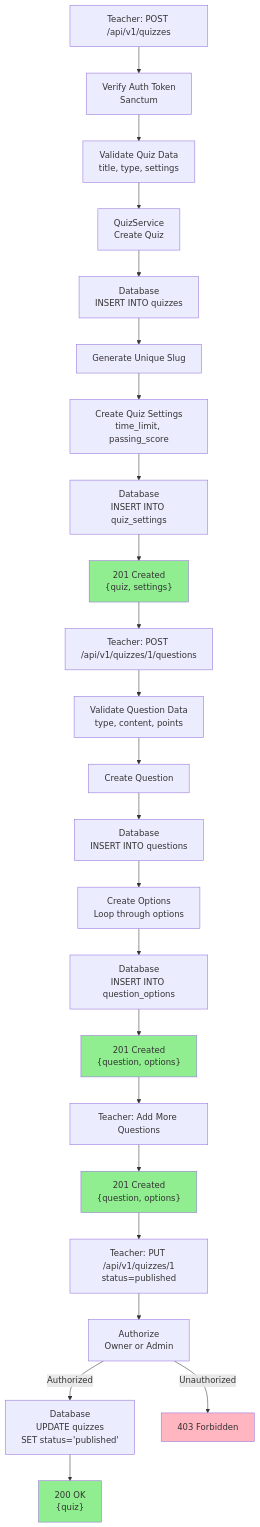
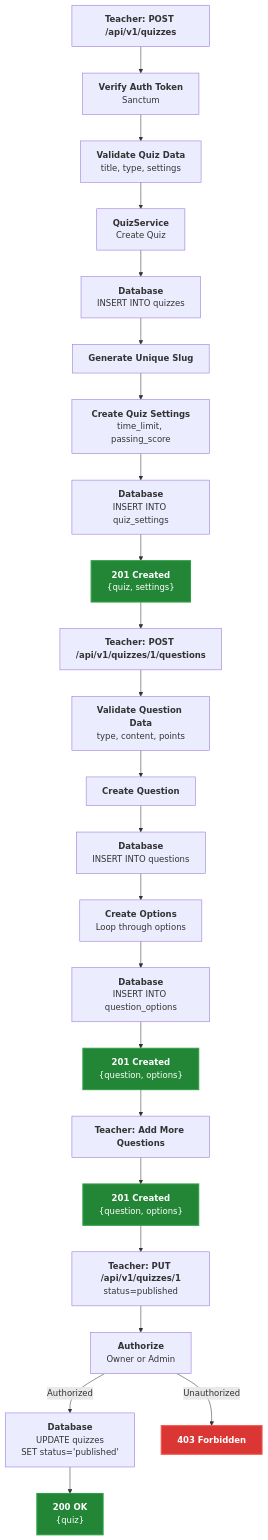
The fourth of 11 diagrams in README.md (EIRSVi/prop-iq), drawn with Mermaid before and after one commit. The commit also changed other lines of this file, not shown here.

Commit message:
docs: Improve readability and styling of Mermaid diagrams in README

````diff
--- a/README.md
+++ b/README.md
@@ -998,34 +998,34 @@
 ```mermaid
 graph TB
-    Start["Teacher: POST /api/v1/quizzes"] --> Auth["Verify Auth Token<br/>Sanctum"]
-    Auth --> Validate["Validate Quiz Data<br/>title, type, settings"]
-    Validate --> CreateQuiz["QuizService<br/>Create Quiz"]
-    CreateQuiz --> SaveQuiz["Database<br/>INSERT INTO quizzes"]
-    SaveQuiz --> GenSlug["Generate Unique Slug"]
-    GenSlug --> CreateSettings["Create Quiz Settings<br/>time_limit, passing_score"]
-    CreateSettings --> SaveSettings["Database<br/>INSERT INTO quiz_settings"]
-    SaveSettings --> QuizResponse["201 Created<br/>{quiz, settings}"]
+    Start["<b>Teacher: POST /api/v1/quizzes</b>"] --> Auth["<b>Verify Auth Token</b><br/>Sanctum"]
+    Auth --> Validate["<b>Validate Quiz Data</b><br/>title, type, settings"]
+    Validate --> CreateQuiz["<b>QuizService</b><br/>Create Quiz"]
+    CreateQuiz --> SaveQuiz["<b>Database</b><br/>INSERT INTO quizzes"]
+    SaveQuiz --> GenSlug["<b>Generate Unique Slug</b>"]
+    GenSlug --> CreateSettings["<b>Create Quiz Settings</b><br/>time_limit, passing_score"]
+    CreateSettings --> SaveSettings["<b>Database</b><br/>INSERT INTO quiz_settings"]
+    SaveSettings --> QuizResponse["<b>201 Created</b><br/>{quiz, settings}"]
     
-    QuizResponse --> AddQ1["Teacher: POST /api/v1/quizzes/1/questions"]
-    AddQ1 --> ValidateQ1["Validate Question Data<br/>type, content, points"]
-    ValidateQ1 --> CreateQ1["Create Question"]
-    CreateQ1 --> SaveQ1["Database<br/>INSERT INTO questions"]
-    SaveQ1 --> CreateOpts["Create Options<br/>Loop through options"]
-    CreateOpts --> SaveOpts["Database<br/>INSERT INTO question_options"]
-    SaveOpts --> Q1Response["201 Created<br/>{question, options}"]
+    QuizResponse --> AddQ1["<b>Teacher: POST /api/v1/quizzes/1/questions</b>"]
+    AddQ1 --> ValidateQ1["<b>Validate Question Data</b><br/>type, content, points"]
+    ValidateQ1 --> CreateQ1["<b>Create Question</b>"]
+    CreateQ1 --> SaveQ1["<b>Database</b><br/>INSERT INTO questions"]
+    SaveQ1 --> CreateOpts["<b>Create Options</b><br/>Loop through options"]
+    CreateOpts --> SaveOpts["<b>Database</b><br/>INSERT INTO question_options"]
+    SaveOpts --> Q1Response["<b>201 Created</b><br/>{question, options}"]
     
-    Q1Response --> AddQ2["Teacher: Add More Questions"]
-    AddQ2 --> Q2Response["201 Created<br/>{question, options}"]
+    Q1Response --> AddQ2["<b>Teacher: Add More Questions</b>"]
+    AddQ2 --> Q2Response["<b>201 Created</b><br/>{question, options}"]
     
-    Q2Response --> Publish["Teacher: PUT /api/v1/quizzes/1<br/>status=published"]
-    Publish --> AuthCheck["Authorize<br/>Owner or Admin"]
-    AuthCheck -->|Authorized| UpdateStatus["Database<br/>UPDATE quizzes<br/>SET status='published'"]
-    AuthCheck -->|Unauthorized| Error403["403 Forbidden"]
-    UpdateStatus --> PublishResponse["200 OK<br/>{quiz}"]
+    Q2Response --> Publish["<b>Teacher: PUT /api/v1/quizzes/1</b><br/>status=published"]
+    Publish --> AuthCheck["<b>Authorize</b><br/>Owner or Admin"]
+    AuthCheck -->|Authorized| UpdateStatus["<b>Database</b><br/>UPDATE quizzes<br/>SET status='published'"]
+    AuthCheck -->|Unauthorized| Error403["<b>403 Forbidden</b>"]
+    UpdateStatus --> PublishResponse["<b>200 OK</b><br/>{quiz}"]
     
-    style QuizResponse fill:#90EE90
-    style Q1Response fill:#90EE90
-    style Q2Response fill:#90EE90
-    style PublishResponse fill:#90EE90
-    style Error403 fill:#FFB6C1
+    style QuizResponse fill:#238636,stroke:#2ea043,stroke-width:2px,color:#fff
+    style Q1Response fill:#238636,stroke:#2ea043,stroke-width:2px,color:#fff
+    style Q2Response fill:#238636,stroke:#2ea043,stroke-width:2px,color:#fff
+    style PublishResponse fill:#238636,stroke:#2ea043,stroke-width:2px,color:#fff
+    style Error403 fill:#da3633,stroke:#f85149,stroke-width:2px,color:#fff
 ```
````
